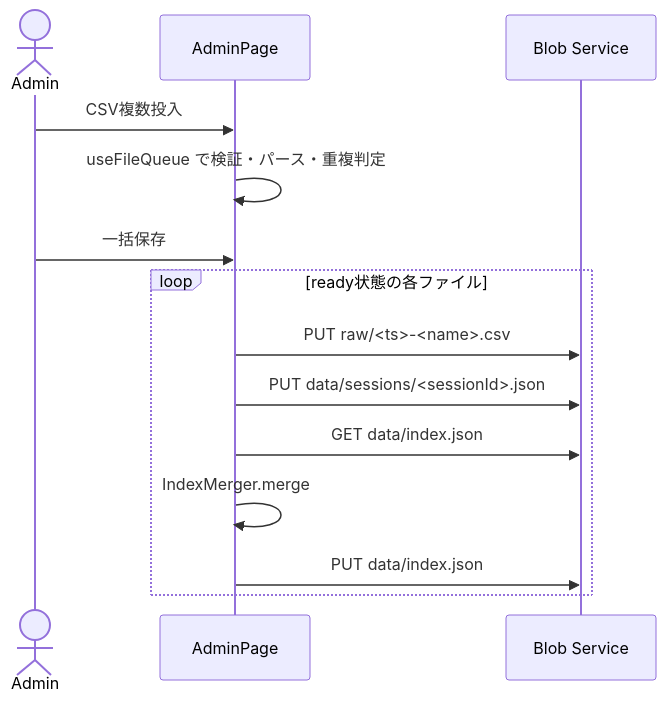
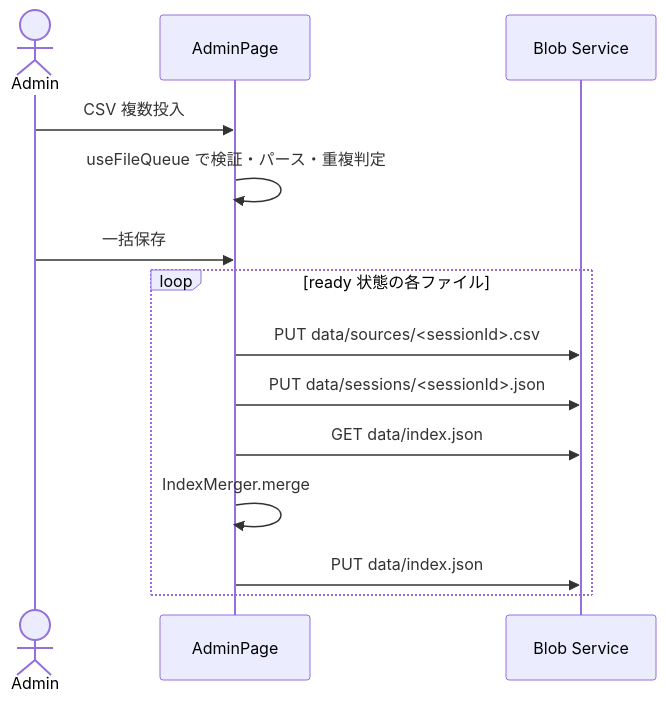
One commit to nuitsjp/teams-board changed the third of 4 diagrams in docs/architecture.md. Above: the diagram before and after it, drawn with Mermaid. The commit also changed other lines of this file and 21 other files, not shown here.

````diff
--- a/docs/architecture.md
+++ b/docs/architecture.md
@@ -177,17 +140,17 @@
 ```mermaid
 sequenceDiagram
   actor A as Admin
   participant SPA as AdminPage
   participant BLOB as Blob Service
 
-  A->>SPA: CSV複数投入
+  A->>SPA: CSV 複数投入
   SPA->>SPA: useFileQueue で検証・パース・重複判定
   A->>SPA: 一括保存
-  loop ready状態の各ファイル
-    SPA->>BLOB: PUT raw/<ts>-<name>.csv
+  loop ready 状態の各ファイル
+    SPA->>BLOB: PUT data/sources/<sessionId>.csv
     SPA->>BLOB: PUT data/sessions/<sessionId>.json
     SPA->>BLOB: GET data/index.json
     SPA->>SPA: IndexMerger.merge
     SPA->>BLOB: PUT data/index.json
   end
 ```
````
